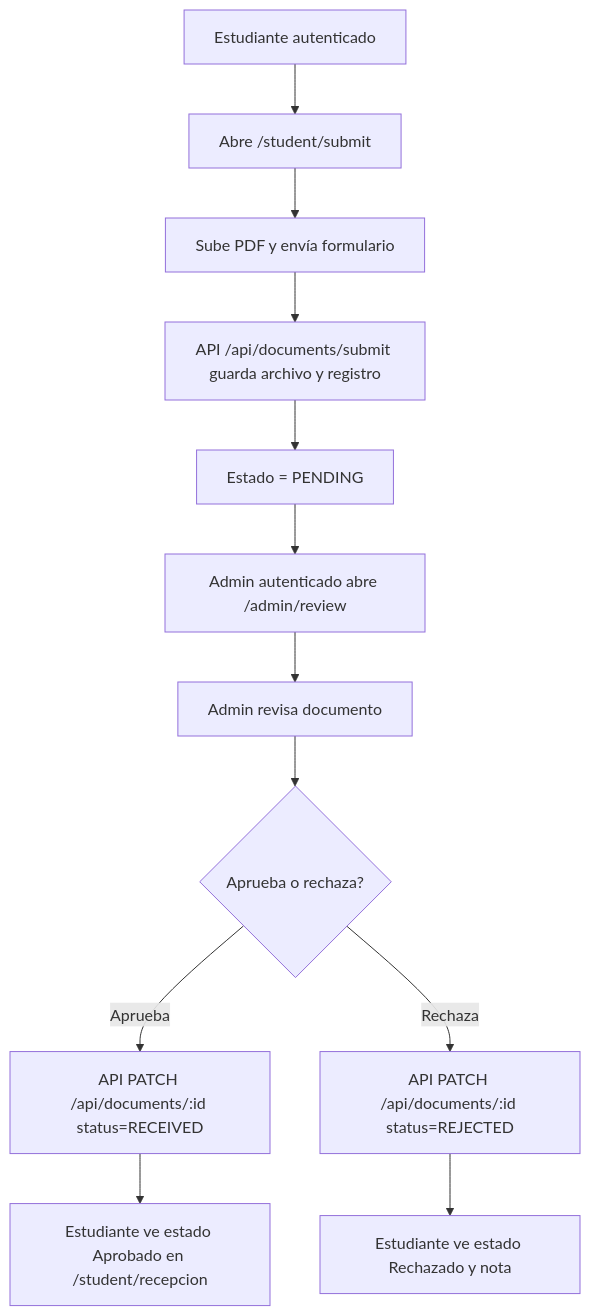
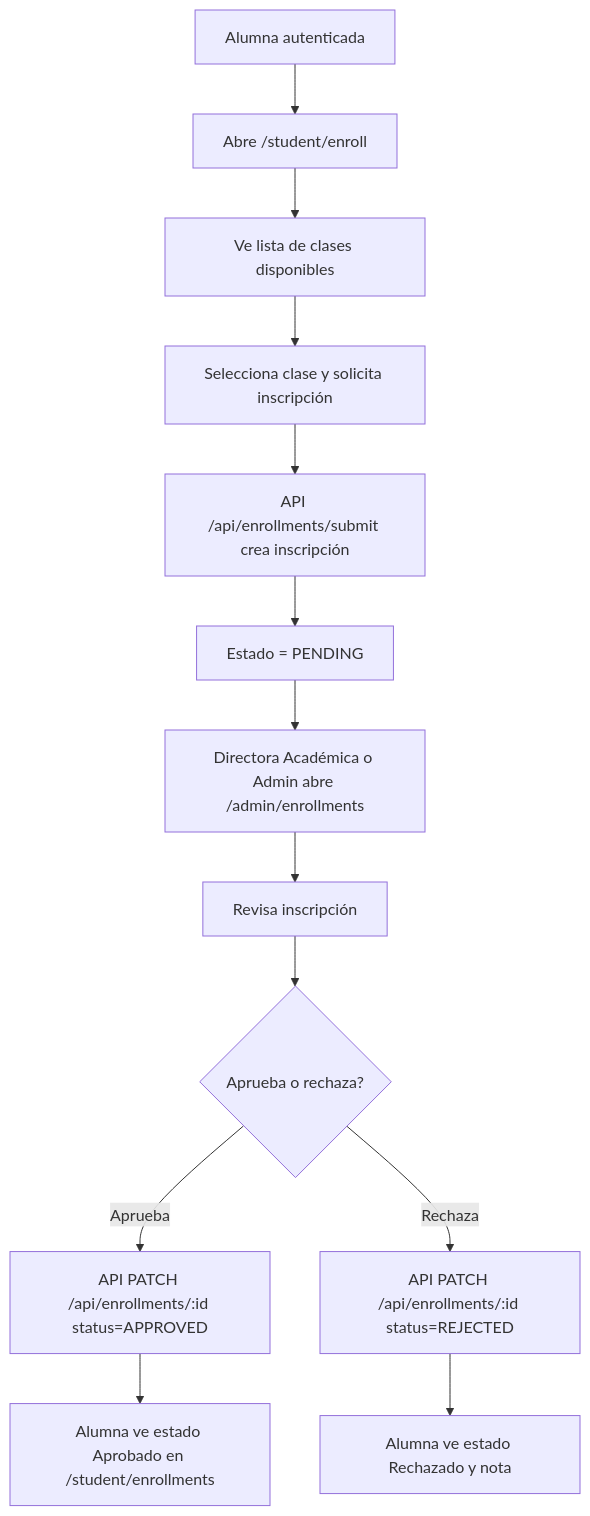
One commit to vanesabrito/bellydance-project changed the seventh of 9 diagrams in README.md. Above: the diagram before and after it, drawn with Mermaid. The commit also changed other lines of this file, not shown here.

Commit message:
Actualizar README con descripción detallada del sistema, roles actuales, diagramas de dominio y casos de uso

````diff
--- a/README.md
+++ b/README.md
@@ -102,14 +447,15 @@
 ```mermaid
 flowchart TD
-  A[Estudiante autenticado] --> B[Abre /student/submit]
-  B --> C[Sube PDF y envía formulario]
-  C --> D[API /api/documents/submit guarda archivo y registro]
-  D --> E[Estado = PENDING]
-  E --> F[Admin autenticado abre /admin/review]
-  F --> G[Admin revisa documento]
-  G --> H{Aprueba o rechaza?}
-  H -->|Aprueba| I[API PATCH /api/documents/:id status=RECEIVED]
-  H -->|Rechaza| J[API PATCH /api/documents/:id status=REJECTED]
-  I --> K[Estudiante ve estado Aprobado en /student/recepcion]
-  J --> L[Estudiante ve estado Rechazado y nota]
+  A[Alumna autenticada] --> B[Abre /student/enroll]
+  B --> C[Ve lista de clases disponibles]
+  C --> D[Selecciona clase y solicita inscripción]
+  D --> E[API /api/enrollments/submit crea inscripción]
+  E --> F[Estado = PENDING]
+  F --> G[Directora Académica o Admin abre /admin/enrollments]
+  G --> H[Revisa inscripción]
+  H --> I{Aprueba o rechaza?}
+  I -->|Aprueba| J[API PATCH /api/enrollments/:id status=APPROVED]
+  I -->|Rechaza| K[API PATCH /api/enrollments/:id status=REJECTED]
+  J --> L[Alumna ve estado Aprobado en /student/enrollments]
+  K --> M[Alumna ve estado Rechazado y nota]
 ```
````
